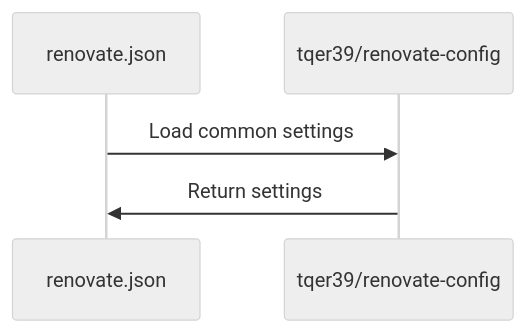
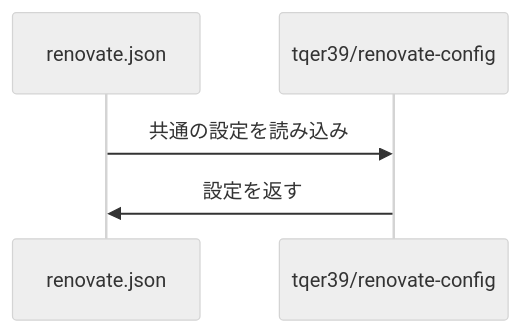
Before and after one commit to tqer39/renovate-config: the diagram in README.md, drawn with Mermaid (neutral theme). The commit also changed other lines of this file and 14 other files, not shown here.

````diff
--- a/README.md
+++ b/README.md
@@ -61,5 +61,5 @@
 ```mermaid
 sequenceDiagram
-    renovate.json->>tqer39/renovate-config: Load common settings
-    tqer39/renovate-config->>renovate.json: Return settings
+    renovate.json->>tqer39/renovate-config: 共通の設定を読み込み
+    tqer39/renovate-config->>renovate.json: 設定を返す
 ```
````
